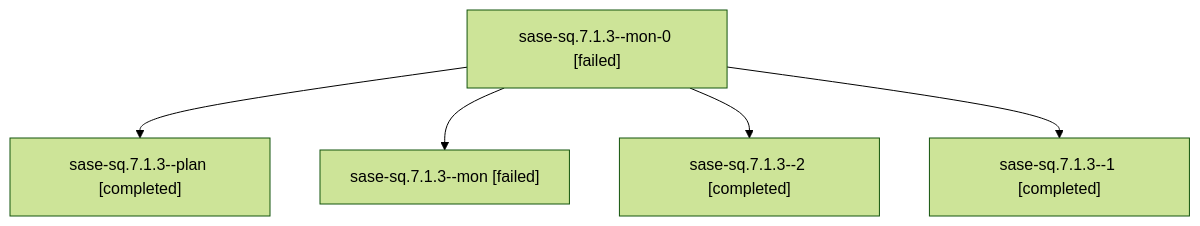
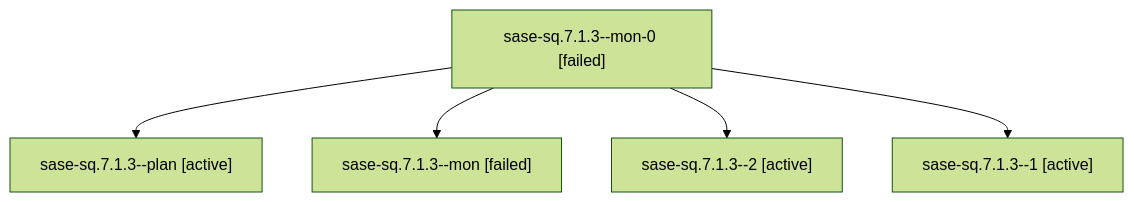
One commit to sase-org/sase--agents changed the diagram in families/bbugyi200.athena.sase-sq.7.1.3.md. Above: the diagram before and after it, drawn with Mermaid (forest theme). The commit also changed other lines of this file and 35830 other files, not shown here.

````diff
--- a/families/bbugyi200.athena.sase-sq.7.1.3.md
+++ b/families/bbugyi200.athena.sase-sq.7.1.3.md
@@ -9,12 +9,12 @@
 ```mermaid
 flowchart TD
   n0["sase-sq.7.1.3--mon-0 [failed]"]
-  n1["sase-sq.7.1.3--plan [completed]"]
+  n1["sase-sq.7.1.3--plan [active]"]
   n0 --> n1
   n2["sase-sq.7.1.3--mon [failed]"]
   n0 --> n2
-  n3["sase-sq.7.1.3--2 [completed]"]
+  n3["sase-sq.7.1.3--2 [active]"]
   n0 --> n3
-  n4["sase-sq.7.1.3--1 [completed]"]
+  n4["sase-sq.7.1.3--1 [active]"]
   n0 --> n4
 ```
````
